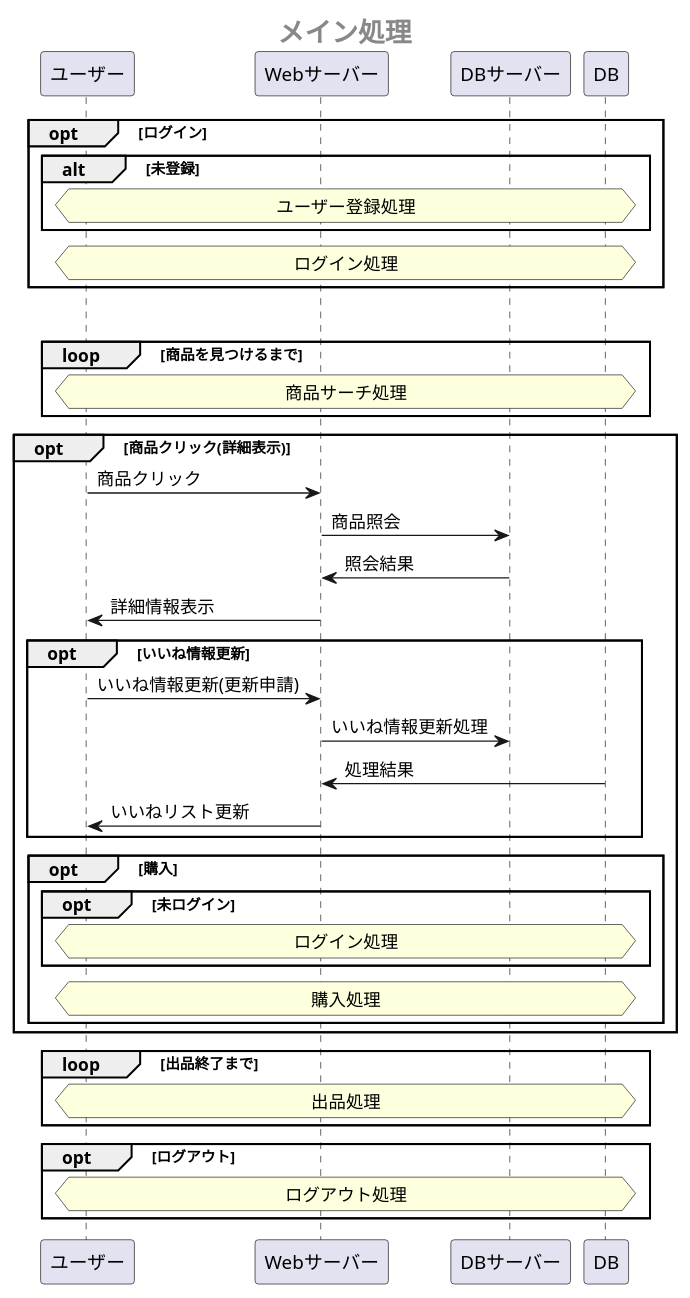
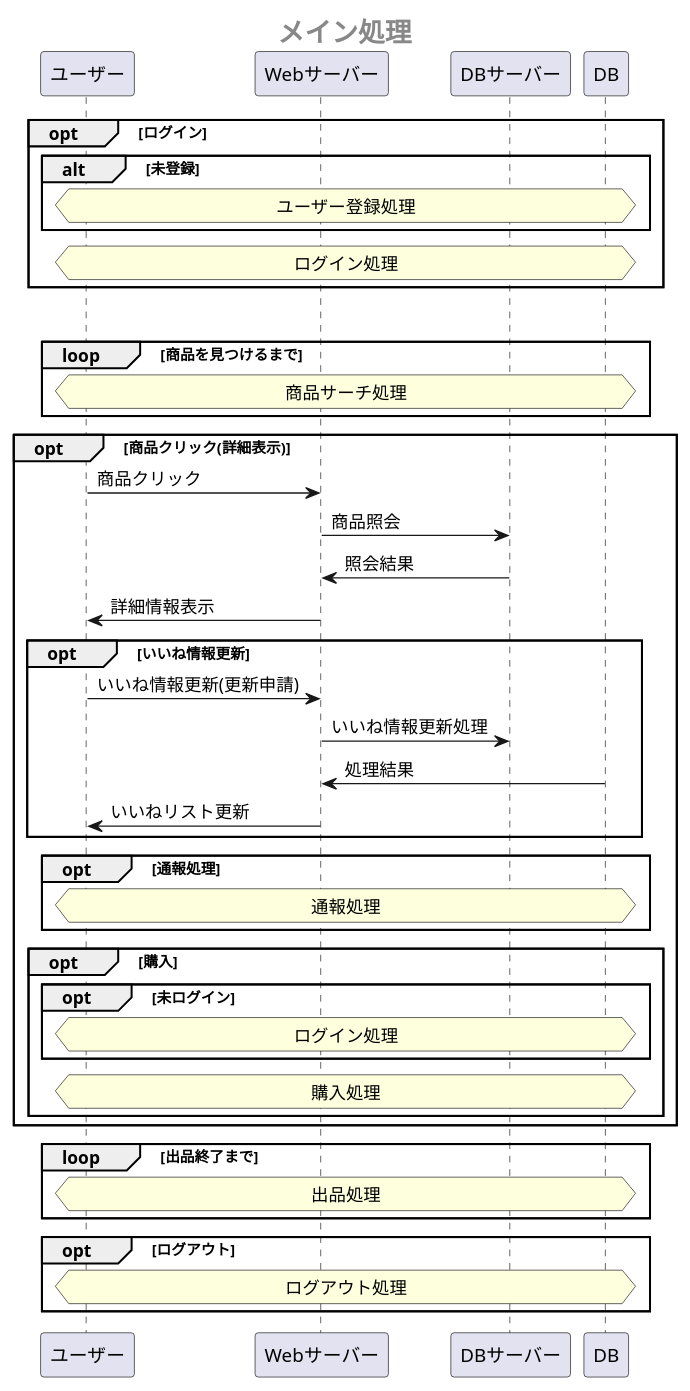
One commit to Aso2001385/NAISA changed the first of 7 diagrams in 設計書/02_業務フロー/BusinessFlow.md. Above: the diagram before and after it, drawn with PlantUML. The commit also changed other lines of this file, not shown here.

````diff
--- a/設計書/02_業務フロー/BusinessFlow.md
+++ b/設計書/02_業務フロー/BusinessFlow.md
@@ -1,47 +1,51 @@
 ```uml 
 @startuml 
  center header <size:20><b>メイン処理</b></size>
 
  opt ログイン
   alt 未登録
   hnote across: ユーザー登録処理
   end
   hnote across: ログイン処理
  end
 
  loop 購入処理成功まで
   loop 商品を見つけるまで
    hnote across: 商品サーチ処理
   end
 
  opt 商品クリック(詳細表示)
 ユーザー -> Webサーバー : 商品クリック
 Webサーバー -> DBサーバー : 商品照会
 DBサーバー -> Webサーバー : 照会結果
 Webサーバー -> ユーザー : 詳細情報表示
 
   opt いいね情報更新
    ユーザー -> Webサーバー:いいね情報更新(更新申請)
    Webサーバー -> DBサーバー:いいね情報更新処理
    DB -> Webサーバー:処理結果
    Webサーバー -> ユーザー:いいねリスト更新
   end
+  
+  opt 通報処理
+  hnote across: 通報処理
+  end
 
   opt 購入
    opt 未ログイン
      hnote across: ログイン処理
    end
    hnote across: 購入処理
   end
 
  end
  
  loop 出品終了まで
   hnote across: 出品処理
  end
 
  opt ログアウト
   hnote across: ログアウト処理
  end
 @enduml
 ```
````
